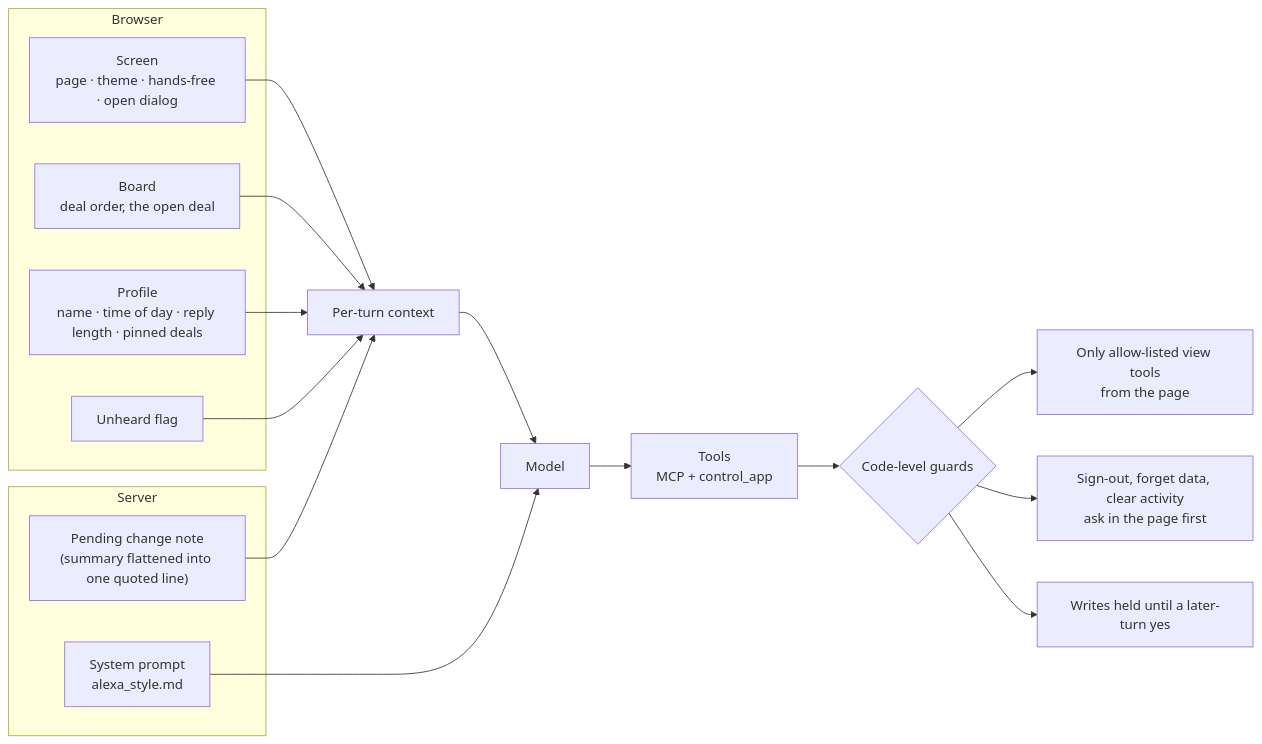
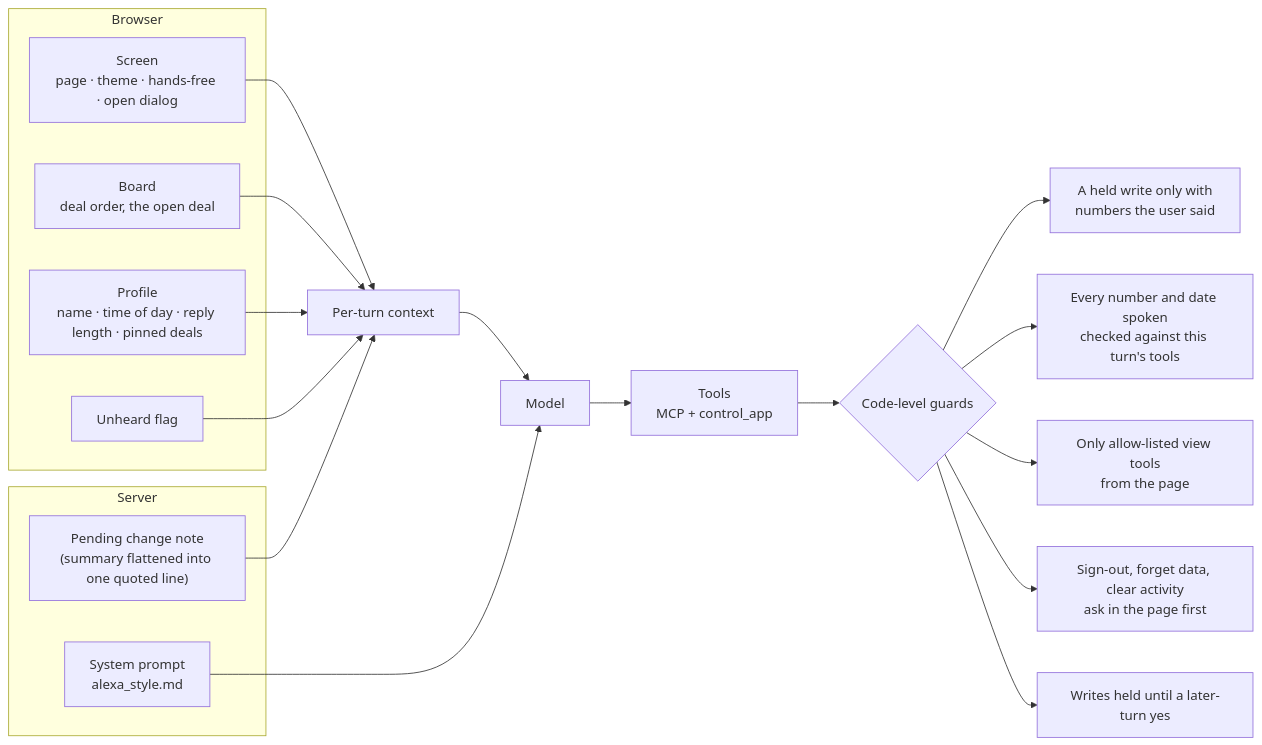
Diagram 14 of 21 in README.md (BugHunterX2101/watchfloor), drawn with Mermaid before and after one commit. The commit also changed other lines of this file and 31 other files, not shown here.

````diff
--- a/README.md
+++ b/README.md
@@ -521,25 +528,27 @@
 ```mermaid
 flowchart LR
   subgraph Browser
     SCR["Screen<br/>page · theme · hands-free · open dialog"]
     BRD["Board<br/>deal order, the open deal"]
     PRO["Profile<br/>name · time of day · reply length · pinned deals"]
     UNH["Unheard flag"]
   end
   subgraph Server
     PND["Pending change note<br/>(summary flattened into one quoted line)"]
     SYS["System prompt<br/>alexa_style.md"]
   end
   SCR --> CTX["Per-turn context"]
   BRD --> CTX
   PRO --> CTX
   UNH --> CTX
   PND --> CTX
   SYS --> LLM["Model"]
   CTX --> LLM
   LLM --> TOOLS["Tools<br/>MCP + control_app"]
   TOOLS --> GUARD{"Code-level guards"}
   GUARD --> G1["Writes held until a later-turn yes"]
   GUARD --> G2["Sign-out, forget data, clear activity<br/>ask in the page first"]
   GUARD --> G3["Only allow-listed view tools<br/>from the page"]
+  GUARD --> G4["Every number and date spoken<br/>checked against this turn's tools"]
+  GUARD --> G5["A held write only with<br/>numbers the user said"]
 ```
````
